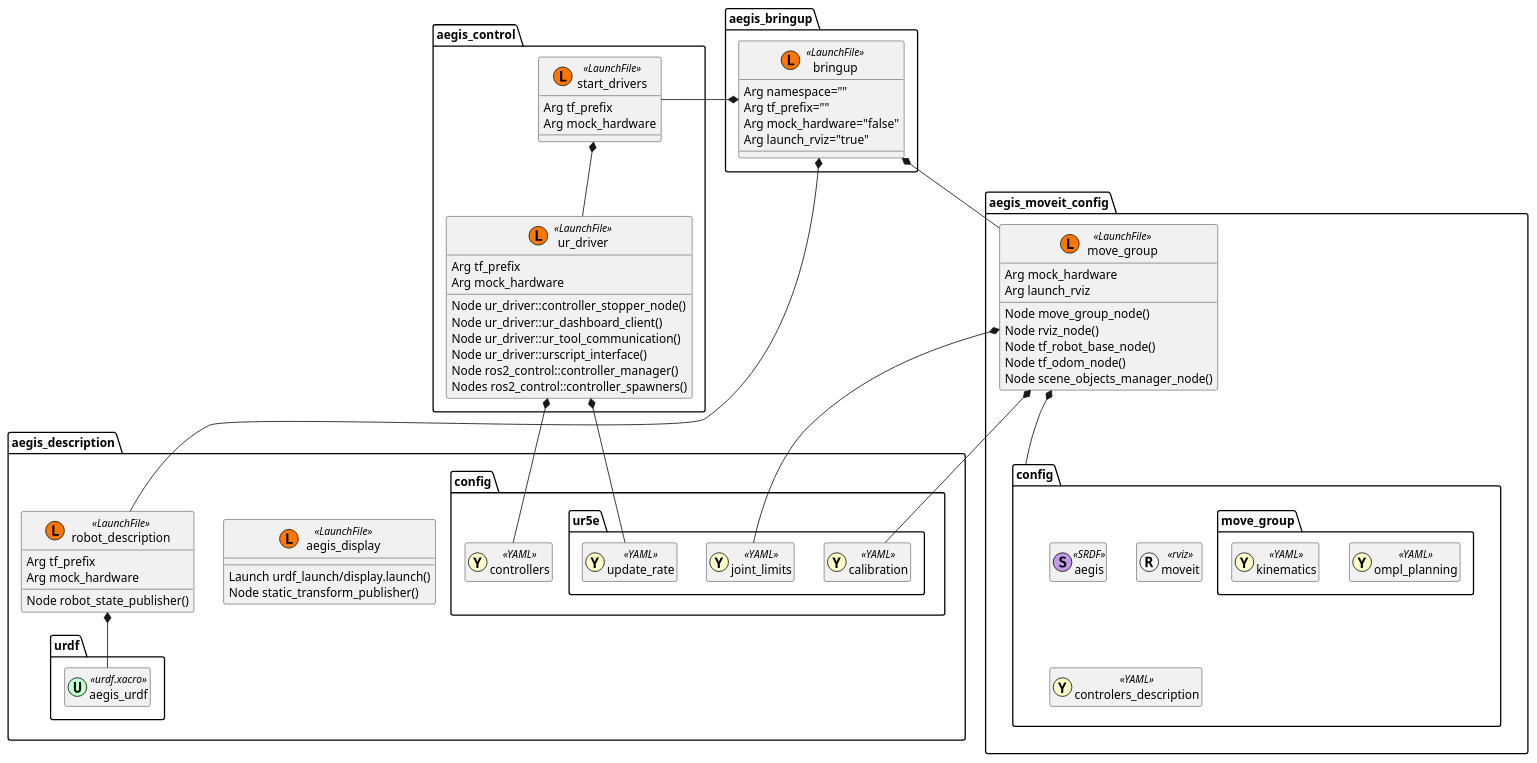
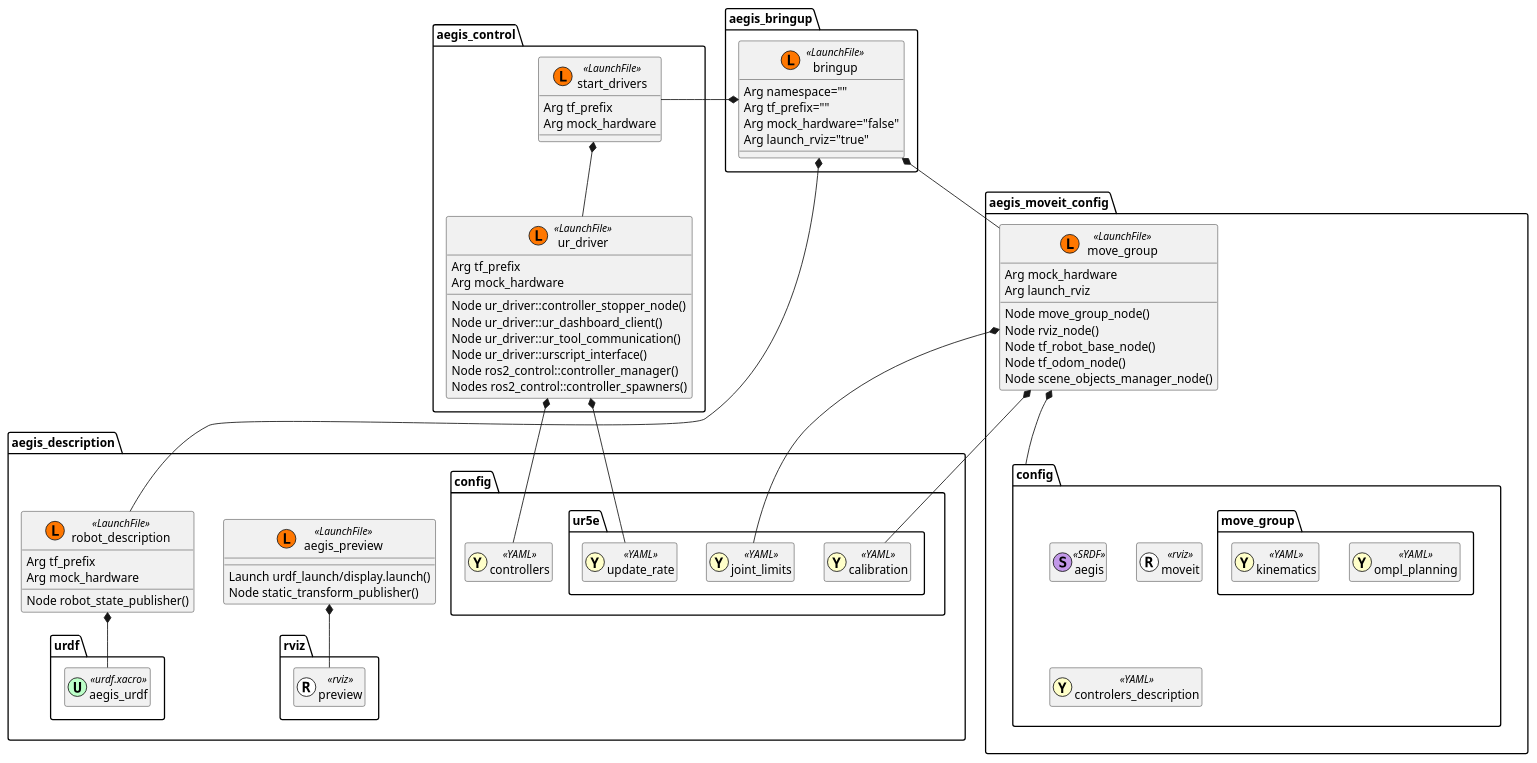
Before and after one commit to AGH-CEAI/aegis_ros: the diagram in aegis_bringup/launch_diagram.plantuml, drawn with PlantUML. The commit also changed 9 other files, not shown here.

```diff
--- a/aegis_bringup/launch_diagram.plantuml
+++ b/aegis_bringup/launch_diagram.plantuml
@@ -1,96 +1,102 @@
 @startuml Launch Files
 
 package aegis_bringup {
     class bringup << (L,#FF7700) LaunchFile >> {
         Arg namespace=""
         Arg tf_prefix=""
         Arg mock_hardware="false"
         Arg launch_rviz="true"
     }
 }
 
 package aegis_control {
     class start_drivers << (L,#FF7700) LaunchFile >> {
         Arg tf_prefix
         Arg mock_hardware
     }
     class ur_driver << (L,#FF7700) LaunchFile >> {
         Arg tf_prefix
         Arg mock_hardware
         Node ur_driver::controller_stopper_node()
         Node ur_driver::ur_dashboard_client()
         Node ur_driver::ur_tool_communication()
         Node ur_driver::urscript_interface()
         Node ros2_control::controller_manager()
         Nodes ros2_control::controller_spawners()
     }
 
 }
 
 package aegis_description {
-    class aegis_display << (L,#FF7700) LaunchFile >> {
+    class aegis_preview << (L,#FF7700) LaunchFile >> {
         Launch urdf_launch/display.launch()
         Node static_transform_publisher()
     }
 
     class robot_description << (L,#FF7700) LaunchFile >> {
         Arg tf_prefix
         Arg mock_hardware
         Node robot_state_publisher()
     }
 
     package config {
         class controllers << (Y,#ffffc9) YAML >> {}
         package ur5e {
             class calibration << (Y,#ffffc9) YAML >> {}
             class joint_limits << (Y,#ffffc9) YAML >> {}
             class update_rate << (Y,#ffffc9) YAML >> {}
         }
     }
 
     package urdf {
         class aegis_urdf << (U,#bcffc8) urdf.xacro >> {}
+    }
+
+    package rviz {
+        class preview << (R,#ffffff) rviz >> {}
     }
 }
 
 package aegis_moveit_config {
     class move_group << (L,#FF7700) LaunchFile >> {
         Arg mock_hardware
         Arg launch_rviz
         Node move_group_node()
         Node rviz_node()
         Node tf_robot_base_node()
         Node tf_odom_node()
         Node scene_objects_manager_node()
     }
     package config {
         class aegis << (S,#c298e9) SRDF >> {}
         package move_group {
             class ompl_planning << (Y,#ffffc9) YAML >> {}
             class kinematics << (Y,#ffffc9) YAML >> {}
         }
         class moveit << (R,#ffffff) rviz >> {}
         class controlers_description << (Y,#ffffc9) YAML >> {}
     }
 }
 
 
 aegis_bringup.bringup *-left- aegis_control.start_drivers
 aegis_bringup.bringup *-- aegis_moveit_config.move_group
 aegis_bringup.bringup *-- aegis_description.robot_description
 aegis_description.robot_description *-- aegis_description.urdf.aegis_urdf
 
 aegis_control.start_drivers *-- aegis_control.ur_driver
 aegis_control.ur_driver *-- aegis_description.config.ur5e.update_rate
 aegis_control.ur_driver *-- aegis_description.config.controllers
 
 aegis_moveit_config.move_group *-- aegis_moveit_config.config
 aegis_moveit_config.move_group *-- aegis_description.config.ur5e.joint_limits
 aegis_moveit_config.move_group *-- aegis_description.config.ur5e.calibration
 
+aegis_description.aegis_preview *-- aegis_description.rviz.preview
+
 skinparam classAttributeIconSize 0
 hide << YAML >> members
 hide << urdf.xacro >> members
 hide << SRDF >> members
 hide << rviz >> members
 @enduml
```
